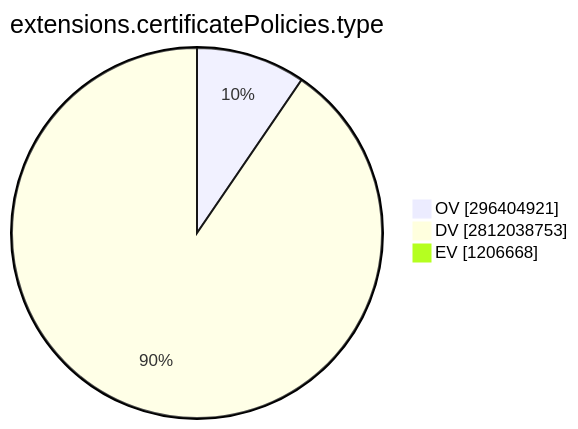
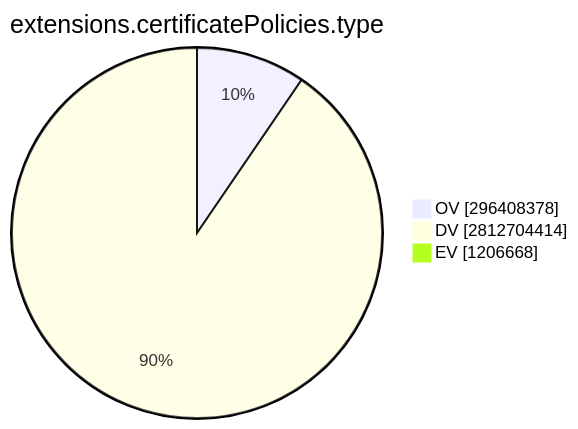
The ninth of 15 diagrams in TOTAL/README.md (christiankrug/ctmonitor_visualization), drawn with Mermaid before and after one commit. The commit also changed other lines of this file, not shown here.

````diff
--- a/TOTAL/README.md
+++ b/TOTAL/README.md
@@ -3099,7 +3099,7 @@
 ```mermaid
 pie showData
 title extensions.certificatePolicies.type
-"OV" :296404921
-"DV" :2812038753
+"OV" :296408378
+"DV" :2812704414
 "EV" :1206668
 ```
````
